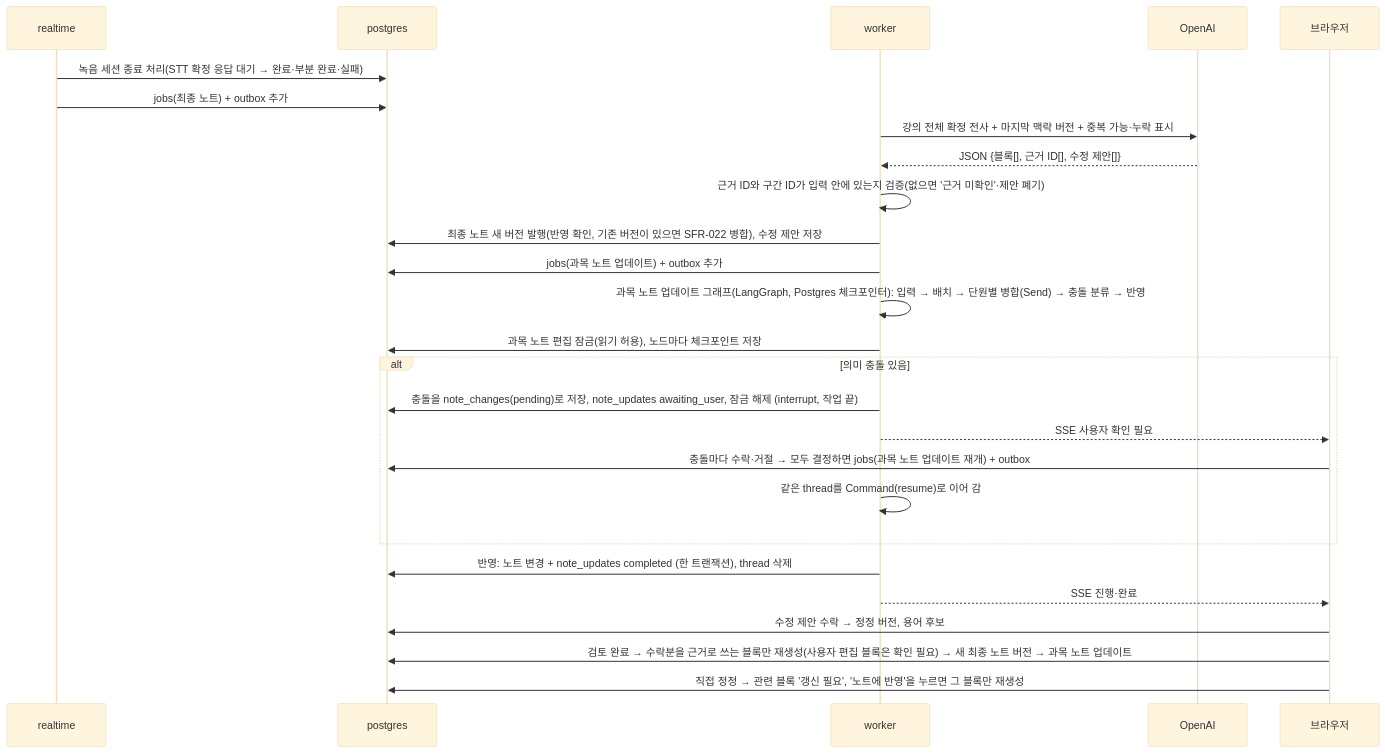
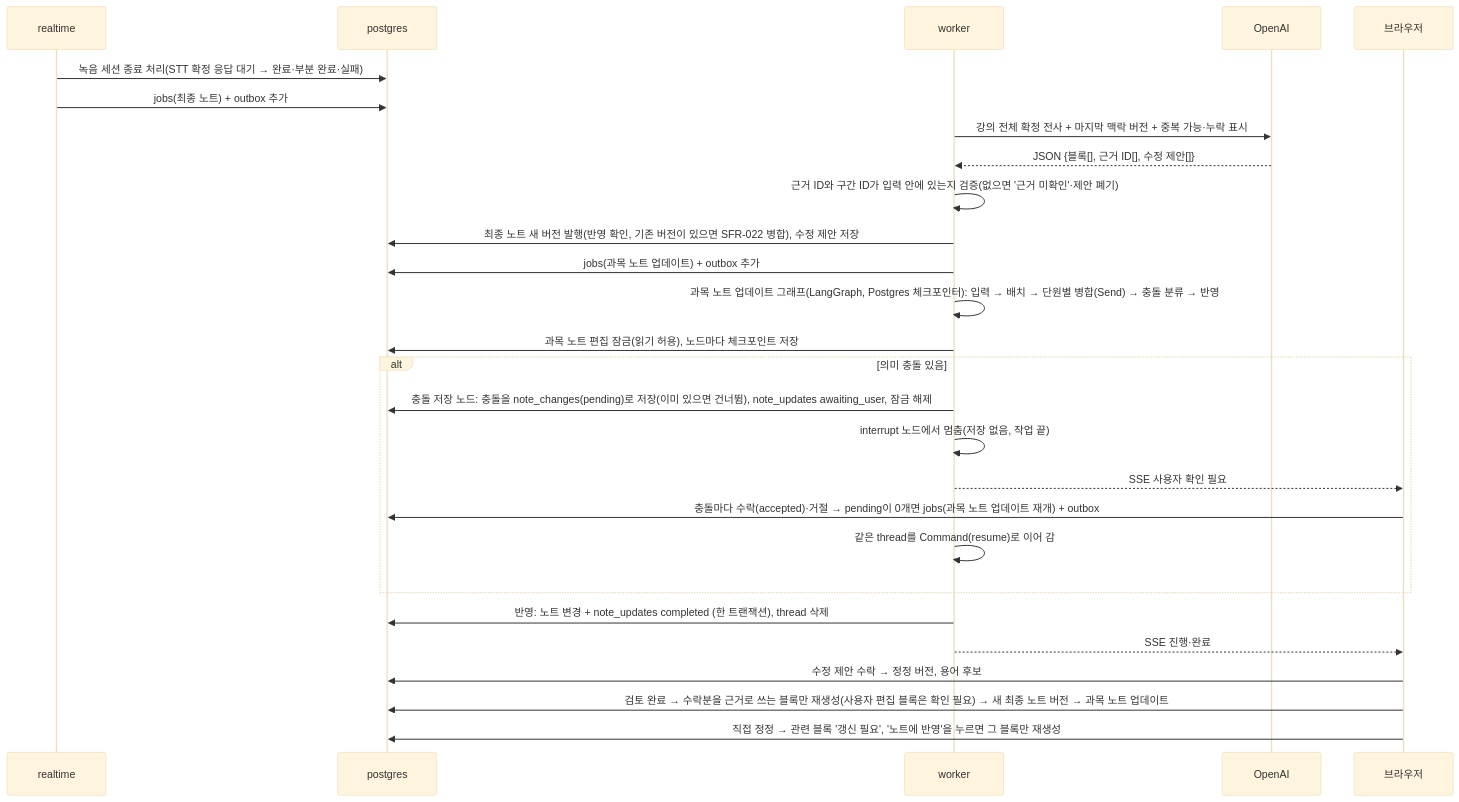
One commit to MinGyu-Kim0/notree changed the sixth of 11 diagrams in docs/architecture.md. Above: the diagram before and after it, drawn with Mermaid (base theme). The commit also changed other lines of this file and 9 other files, not shown here.

````diff
--- a/docs/architecture.md
+++ b/docs/architecture.md
@@ -189,28 +189,29 @@
 ```mermaid
 sequenceDiagram
   participant R as realtime
   participant P as postgres
   participant K as worker
   participant CL as OpenAI
   participant B as 브라우저
   R->>P: 녹음 세션 종료 처리(STT 확정 응답 대기 → 완료·부분 완료·실패)
   R->>P: jobs(최종 노트) + outbox 추가
   K->>CL: 강의 전체 확정 전사 + 마지막 맥락 버전 + 중복 가능·누락 표시
   CL-->>K: JSON {블록[], 근거 ID[], 수정 제안[]}
   K->>K: 근거 ID와 구간 ID가 입력 안에 있는지 검증(없으면 '근거 미확인'·제안 폐기)
   K->>P: 최종 노트 새 버전 발행(반영 확인, 기존 버전이 있으면 SFR-022 병합), 수정 제안 저장
   K->>P: jobs(과목 노트 업데이트) + outbox 추가
   K->>K: 과목 노트 업데이트 그래프(LangGraph, Postgres 체크포인터): 입력 → 배치 → 단원별 병합(Send) → 충돌 분류 → 반영
   K->>P: 과목 노트 편집 잠금(읽기 허용), 노드마다 체크포인트 저장
   alt 의미 충돌 있음
-    K->>P: 충돌을 note_changes(pending)로 저장, note_updates awaiting_user, 잠금 해제 (interrupt, 작업 끝)
+    K->>P: 충돌 저장 노드: 충돌을 note_changes(pending)로 저장(이미 있으면 건너뜀), note_updates awaiting_user, 잠금 해제
+    K->>K: interrupt 노드에서 멈춤(저장 없음, 작업 끝)
     K-->>B: SSE 사용자 확인 필요
-    B->>P: 충돌마다 수락·거절 → 모두 결정하면 jobs(과목 노트 업데이트 재개) + outbox
+    B->>P: 충돌마다 수락(accepted)·거절 → pending이 0개면 jobs(과목 노트 업데이트 재개) + outbox
     K->>K: 같은 thread를 Command(resume)로 이어 감
   end
   K->>P: 반영: 노트 변경 + note_updates completed (한 트랜잭션), thread 삭제
   K-->>B: SSE 진행·완료
   B->>P: 수정 제안 수락 → 정정 버전, 용어 후보
   B->>P: 검토 완료 → 수락분을 근거로 쓰는 블록만 재생성(사용자 편집 블록은 확인 필요) → 새 최종 노트 버전 → 과목 노트 업데이트
   B->>P: 직접 정정 → 관련 블록 '갱신 필요', '노트에 반영'을 누르면 그 블록만 재생성
 ```
````
